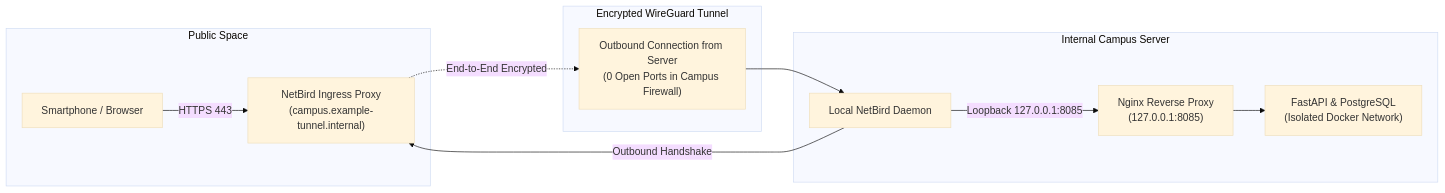
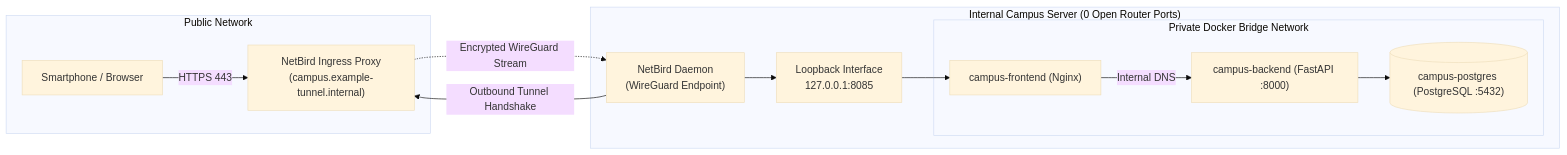
Before and after one commit to Pascal-Thommen/pascal-thommen.github.io: the diagram in content/posts/upa-campus-app-architecture-part-3/index.en.md, drawn with Mermaid (base theme). The commit also changed other lines of this file and 25 other files, not shown here.

Commit message:
feat(series): greenfield rewrite of UPA Campus App series and language-aware navigation (#17)

````diff
--- a/content/posts/upa-campus-app-architecture-part-3/index.en.md
+++ b/content/posts/upa-campus-app-architecture-part-3/index.en.md
@@ -111,22 +38,22 @@
 ```mermaid
 flowchart LR
-    subgraph PublicNet["Public Space"]
-        Client["Smartphone / Browser"]
-        NetBirdIngress["NetBird Ingress Proxy\n(campus.example-tunnel.internal)"]
+    subgraph Internet["Public Network"]
+        Phone["Smartphone / Browser"]
+        Ingress["NetBird Ingress Proxy\n(campus.example-tunnel.internal)"]
     end
-    subgraph TunnelMechanism["Encrypted WireGuard Tunnel"]
-        Outbound["Outbound Connection from Server\n(0 Open Ports in Campus Firewall)"]
-    end
-    subgraph PrivateServer["Internal Campus Server"]
-        NetBirdDaemon["Local NetBird Daemon"]
-        Nginx["Nginx Reverse Proxy\n(127.0.0.1:8085)"]
-        AppServices["FastAPI & PostgreSQL\n(Isolated Docker Network)"]
+    subgraph CampusHost["Internal Campus Server (0 Open Router Ports)"]
+        Daemon["NetBird Daemon\n(WireGuard Endpoint)"]
+        Loopback["Loopback Interface\n127.0.0.1:8085"]
+        subgraph DockerNet["Private Docker Bridge Network"]
+            Nginx["campus-frontend (Nginx)"]
+            FastAPI["campus-backend (FastAPI :8000)"]
+            PG[("campus-postgres (PostgreSQL :5432)")]
+        end
     end
 
-    Client -->|HTTPS 443| NetBirdIngress
-    NetBirdDaemon -->|Outbound Handshake| NetBirdIngress
-    NetBirdIngress -.->|End-to-End Encrypted| Outbound
-    Outbound --> NetBirdDaemon
-    NetBirdDaemon -->|Loopback 127.0.0.1:8085| Nginx
-    Nginx --> AppServices
+    Phone -->|HTTPS 443| Ingress
+    Daemon -->|Outbound Tunnel Handshake| Ingress
+    Ingress -.->|Encrypted WireGuard Stream| Daemon
+    Daemon --> Loopback --> Nginx
+    Nginx -->|Internal DNS| FastAPI --> PG
 ```
````
